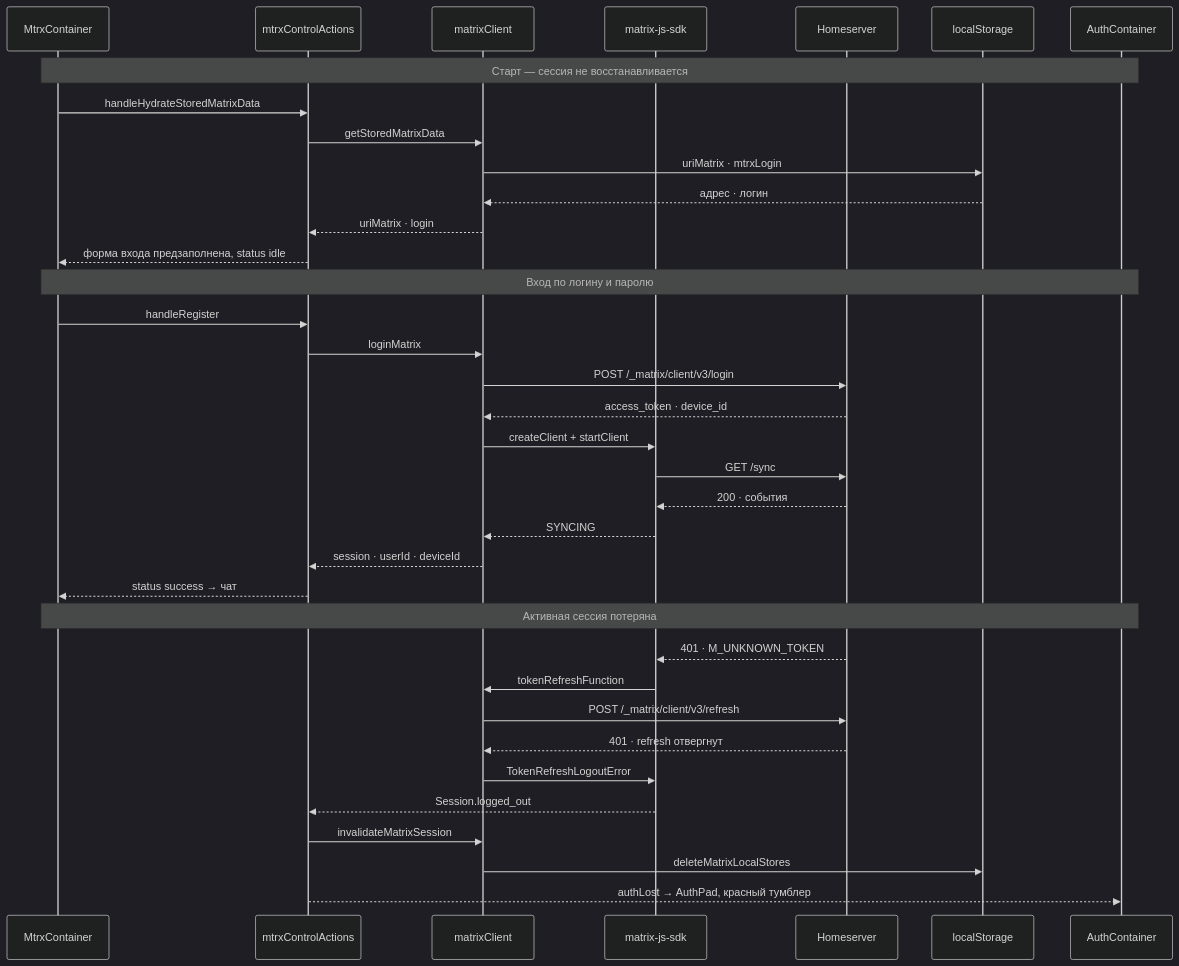
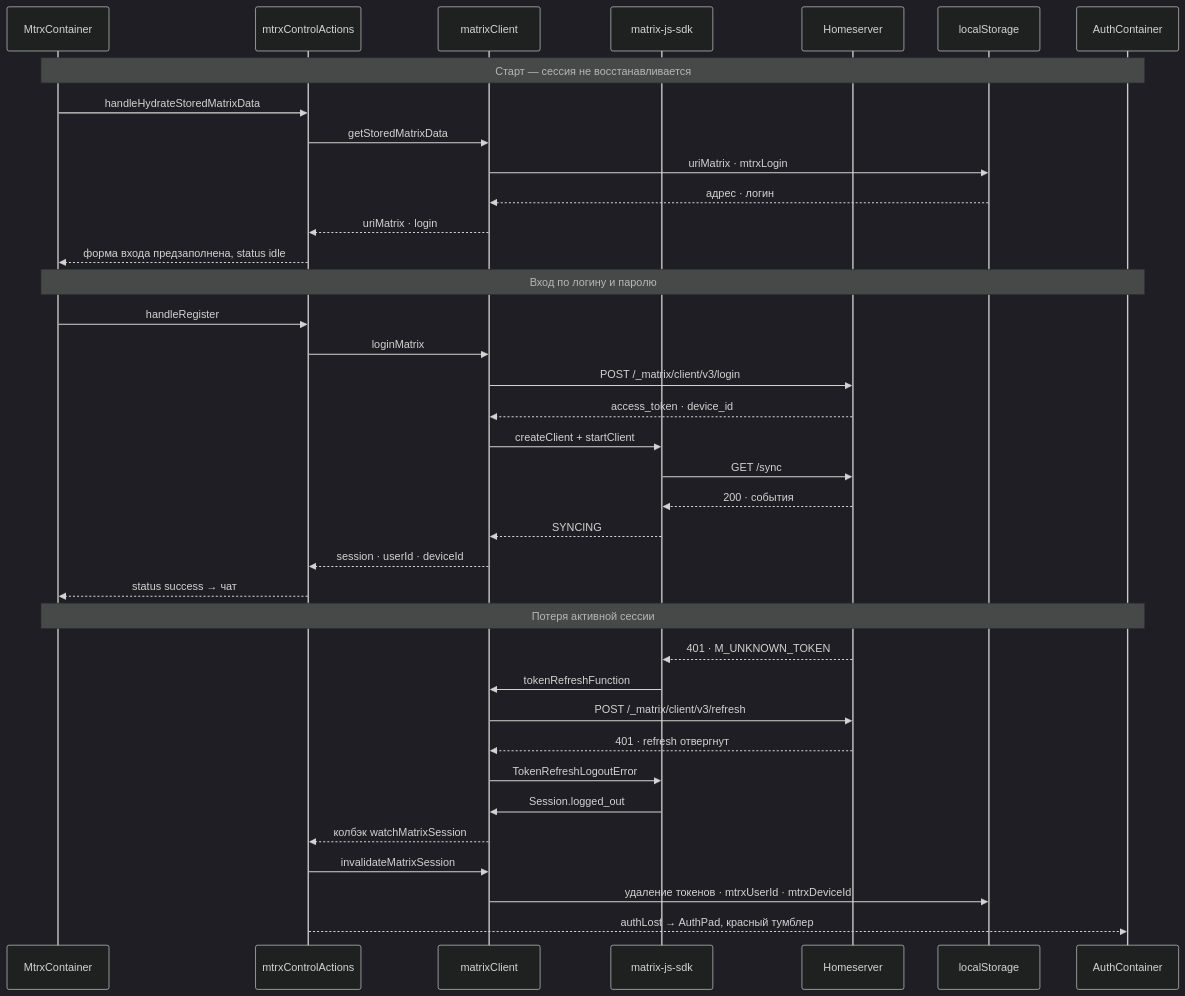
One commit to ars-anosov/matrix-react changed the second of 5 diagrams in docs/STATE.md. Above: the diagram before and after it, drawn with Mermaid (dark theme). The commit also changed other lines of this file and 18 other files, not shown here.

````diff
--- a/docs/STATE.md
+++ b/docs/STATE.md
@@ -62,38 +77,39 @@
 ```mermaid
 sequenceDiagram
   participant UI as MtrxContainer
   participant Act as mtrxControlActions
   participant Cl as matrixClient
   participant SDK as matrix-js-sdk
   participant HS as Homeserver
   participant LS as localStorage
   participant Auth as AuthContainer
   Note over UI,Auth: Старт — сессия не восстанавливается
   UI->>Act: handleHydrateStoredMatrixData
   Act->>Cl: getStoredMatrixData
   Cl->>LS: uriMatrix · mtrxLogin
   LS-->>Cl: адрес · логин
   Cl-->>Act: uriMatrix · login
   Act-->>UI: форма входа предзаполнена, status idle
   Note over UI,Auth: Вход по логину и паролю
   UI->>Act: handleRegister
   Act->>Cl: loginMatrix
   Cl->>HS: POST /_matrix/client/v3/login
   HS-->>Cl: access_token · device_id
   Cl->>SDK: createClient + startClient
   SDK->>HS: GET /sync
   HS-->>SDK: 200 · события
   SDK-->>Cl: SYNCING
   Cl-->>Act: session · userId · deviceId
   Act-->>UI: status success → чат
-  Note over UI,Auth: Активная сессия потеряна
+  Note over UI,Auth: Потеря активной сессии
   HS-->>SDK: 401 · M_UNKNOWN_TOKEN
   SDK->>Cl: tokenRefreshFunction
   Cl->>HS: POST /_matrix/client/v3/refresh
   HS-->>Cl: 401 · refresh отвергнут
   Cl->>SDK: TokenRefreshLogoutError
-  SDK-->>Act: Session.logged_out
+  SDK->>Cl: Session.logged_out
+  Cl-->>Act: колбэк watchMatrixSession
   Act->>Cl: invalidateMatrixSession
-  Cl->>LS: deleteMatrixLocalStores
+  Cl->>LS: удаление токенов · mtrxUserId · mtrxDeviceId
   Act-->>Auth: authLost → AuthPad, красный тумблер
 ```
````
